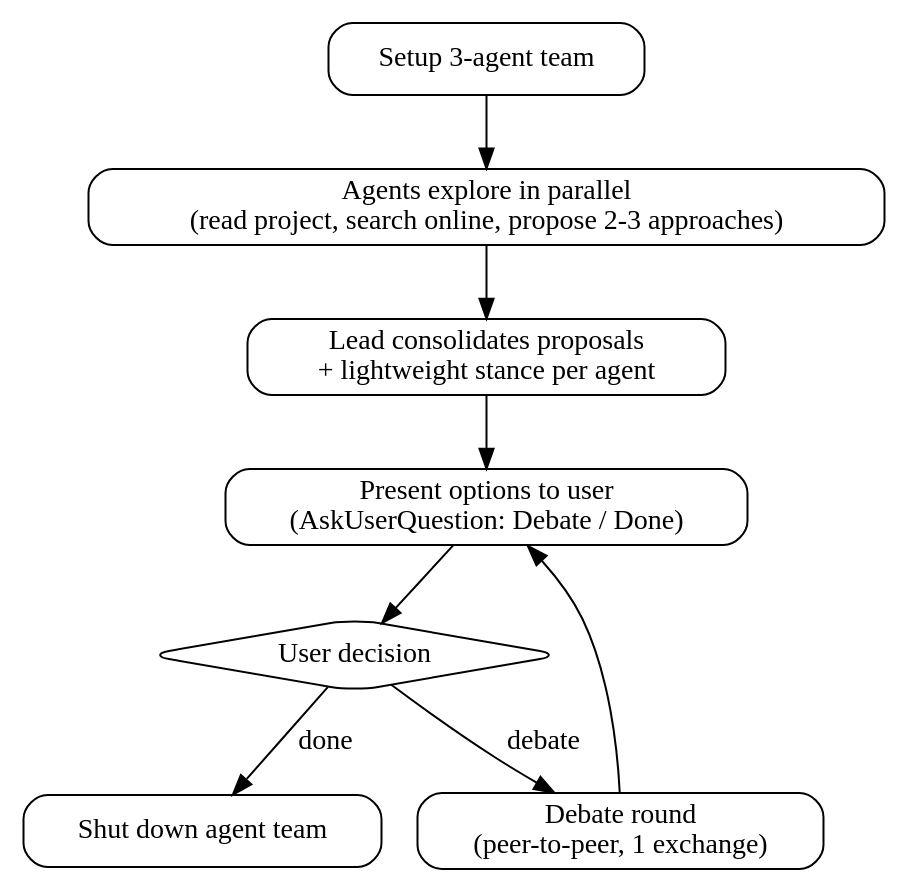
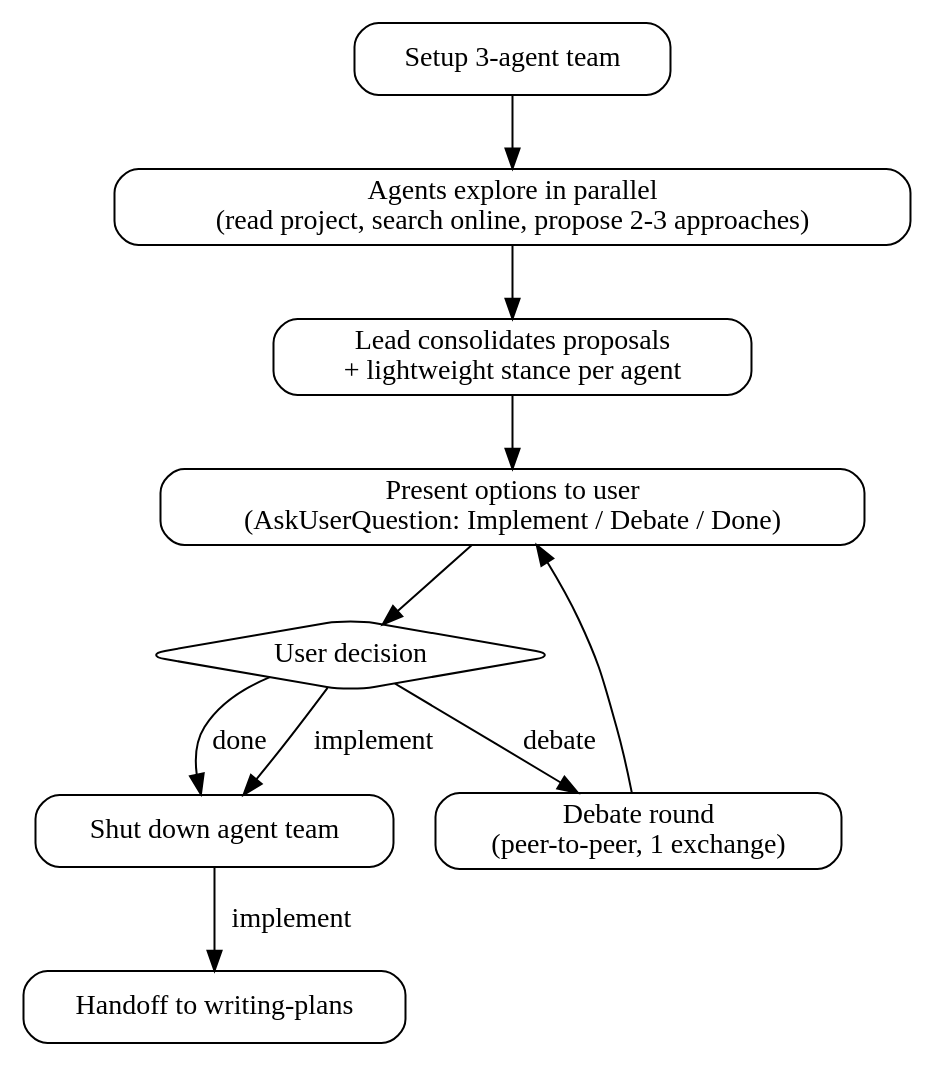
One commit to vinta/hal-9000 changed the diagram in skills/magi/SKILL.md. Above: the diagram before and after it, drawn with Graphviz. The commit also changed other lines of this file, not shown here.

First line of the commit message:
docs(magi): refine workflow with explicit handoff and teardown

````diff
--- a/skills/magi/SKILL.md
+++ b/skills/magi/SKILL.md
@@ -37,22 +37,25 @@
 ```dot
 digraph magi {
     rankdir=TB;
     node [shape=box, style=rounded];
 
     setup [label="Setup 3-agent team"];
     explore [label="Agents explore in parallel\n(read project, search online, propose 2-3 approaches)"];
     consolidate [label="Lead consolidates proposals\n+ lightweight stance per agent"];
-    present [label="Present options to user\n(AskUserQuestion: Debate / Done)"];
+    present [label="Present options to user\n(AskUserQuestion: Implement / Debate / Done)"];
     decide [label="User decision" shape=diamond];
     debate [label="Debate round\n(peer-to-peer, 1 exchange)"];
     teardown [label="Shut down agent team"];
+    handoff [label="Handoff to writing-plans"];
 
     setup -> explore;
     explore -> consolidate;
     consolidate -> present;
     present -> decide;
     decide -> debate [label="debate"];
     decide -> teardown [label="done"];
+    decide -> teardown [label="implement"];
+    teardown -> handoff [label="implement"];
     debate -> present;
 }
 ```
````
